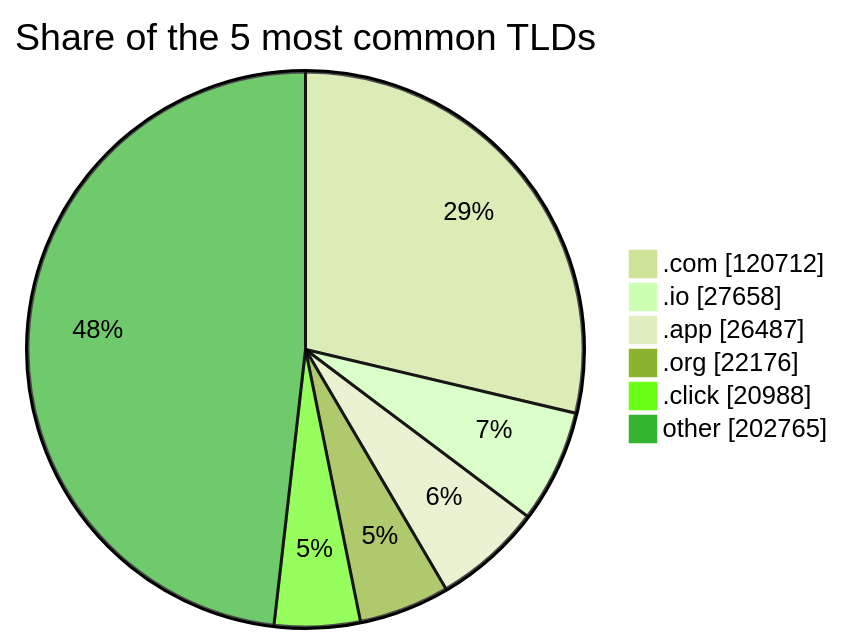
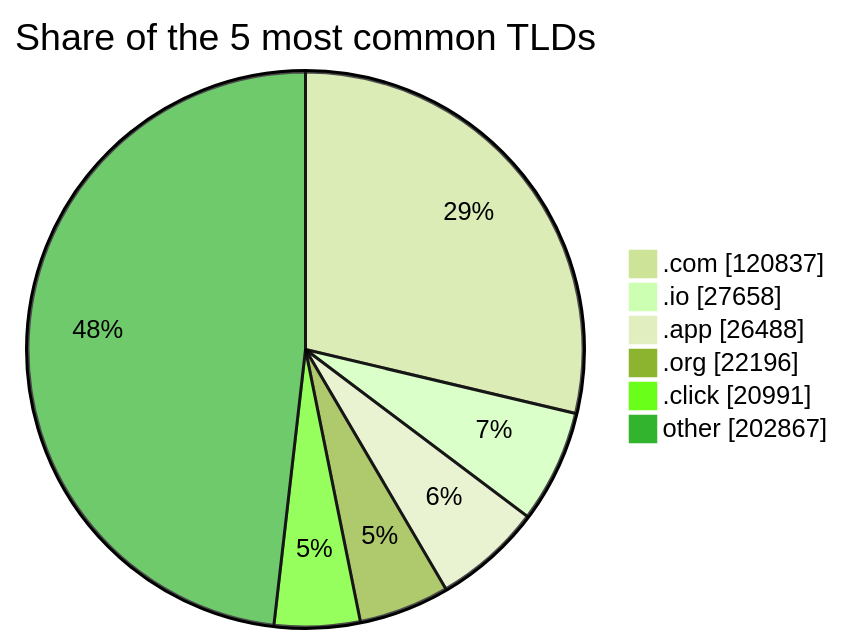
One commit to DNSBunker/CTI changed the third of 3 diagrams in README.md. Above: the diagram before and after it, drawn with Mermaid (forest theme). The commit also changed other lines of this file and 3 other files, not shown here.

````diff
--- a/README.md
+++ b/README.md
@@ -81,9 +81,9 @@
 ```mermaid
 pie showData title Share of the 5 most common TLDs
-    ".com" : 120712
+    ".com" : 120837
     ".io" : 27658
-    ".app" : 26487
-    ".org" : 22176
-    ".click" : 20988
-    "other" : 202765
+    ".app" : 26488
+    ".org" : 22196
+    ".click" : 20991
+    "other" : 202867
 ```
````
